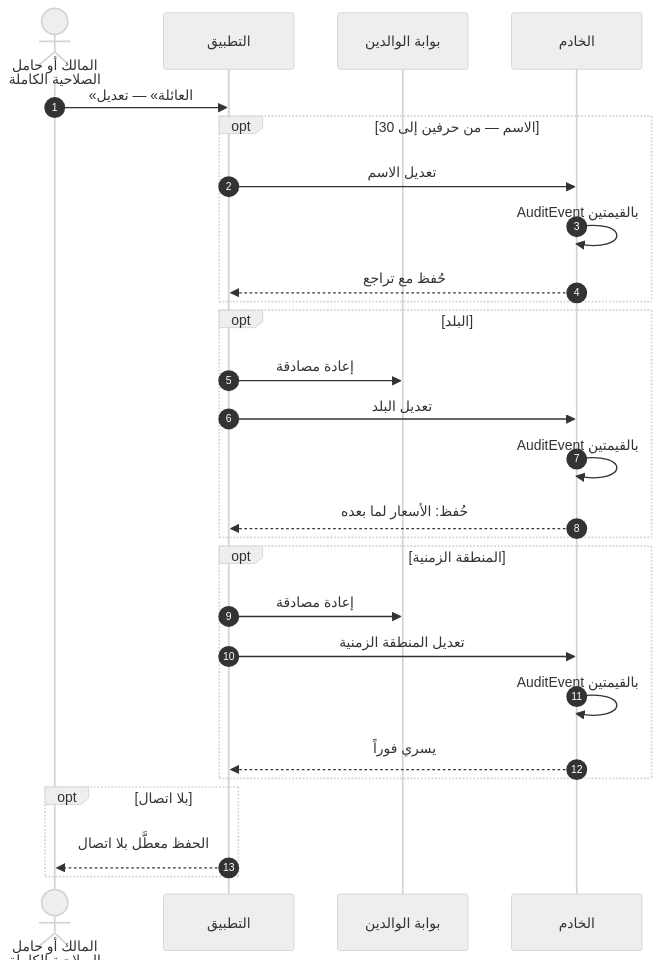
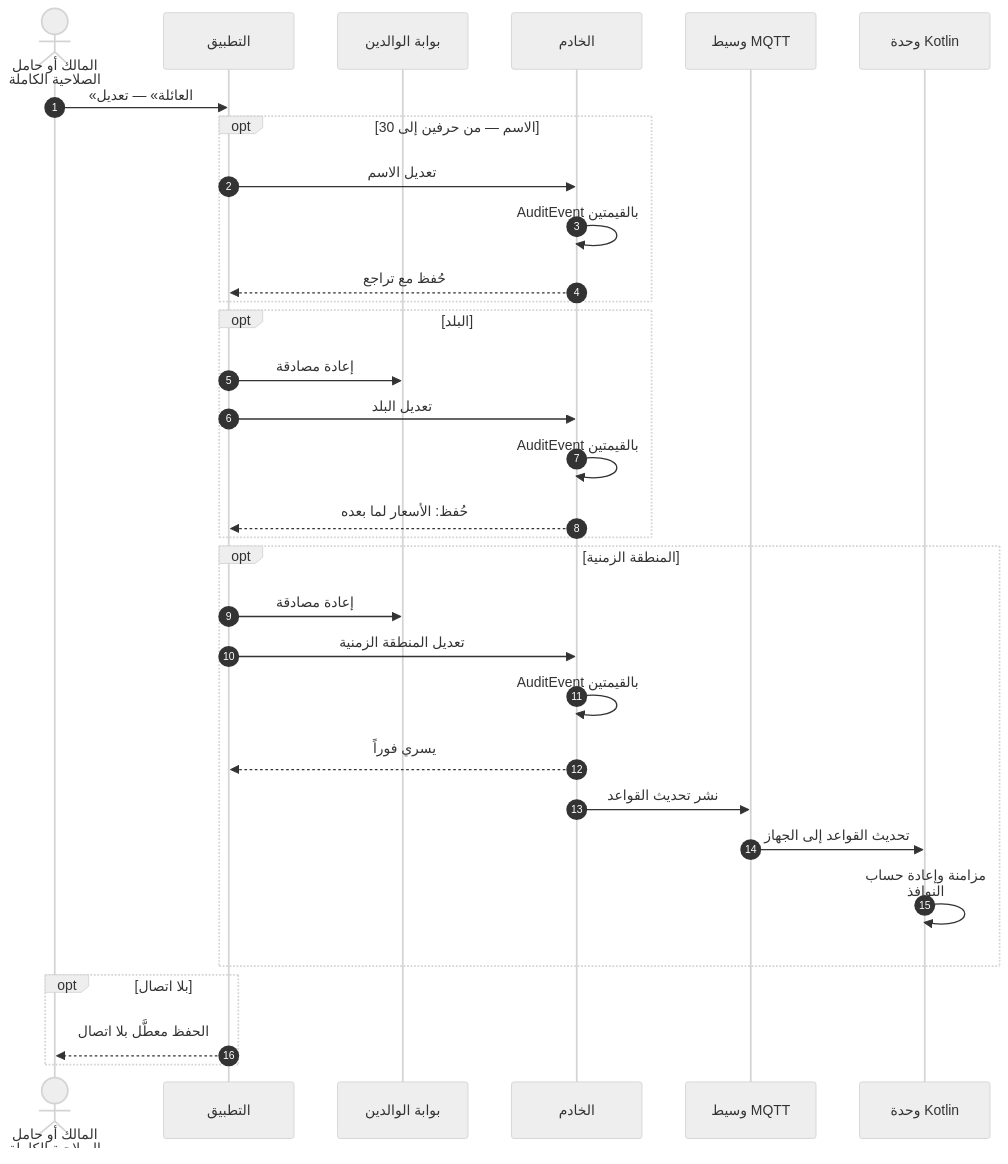
Diagram 22 of 36 in docs/family-os/governance/phases/phase-1/S1-02-identity-and-onboarding/DIAGRAMS.md (Bassam-mohammed-alqaeadi/family-os-v2), drawn with Mermaid (neutral theme) before and after one commit. The commit also changed other lines of this file, not shown here.

````diff
--- a/docs/family-os/governance/phases/phase-1/S1-02-identity-and-onboarding/DIAGRAMS.md
+++ b/docs/family-os/governance/phases/phase-1/S1-02-identity-and-onboarding/DIAGRAMS.md
@@ -902,30 +901,35 @@
 ```mermaid
 %%{init: {"sequence": {"wrap": true}}}%%
 sequenceDiagram
     autonumber
     actor Owner as المالك أو حامل الصلاحية الكاملة
     participant App as التطبيق
     participant Gate as بوابة الوالدين
     participant Ktor as الخادم
+    participant MQTT as وسيط MQTT
+    participant K as وحدة Kotlin
     Owner->>App: «العائلة» — تعديل
     opt الاسم — من حرفين إلى 30
         App->>Ktor: تعديل الاسم
         Ktor->>Ktor: AuditEvent بالقيمتين
         Ktor-->>App: حُفظ مع تراجع
     end
     opt البلد
         App->>Gate: إعادة مصادقة
         App->>Ktor: تعديل البلد
         Ktor->>Ktor: AuditEvent بالقيمتين
         Ktor-->>App: حُفظ: الأسعار لما بعده
     end
     opt المنطقة الزمنية
         App->>Gate: إعادة مصادقة
         App->>Ktor: تعديل المنطقة الزمنية
         Ktor->>Ktor: AuditEvent بالقيمتين
         Ktor-->>App: يسري فوراً
+        Ktor->>MQTT: نشر تحديث القواعد
+        MQTT->>K: تحديث القواعد إلى الجهاز
+        K->>K: مزامنة وإعادة حساب النوافذ
     end
     opt بلا اتصال
         App-->>Owner: الحفظ معطَّل بلا اتصال
     end
 ```
````
